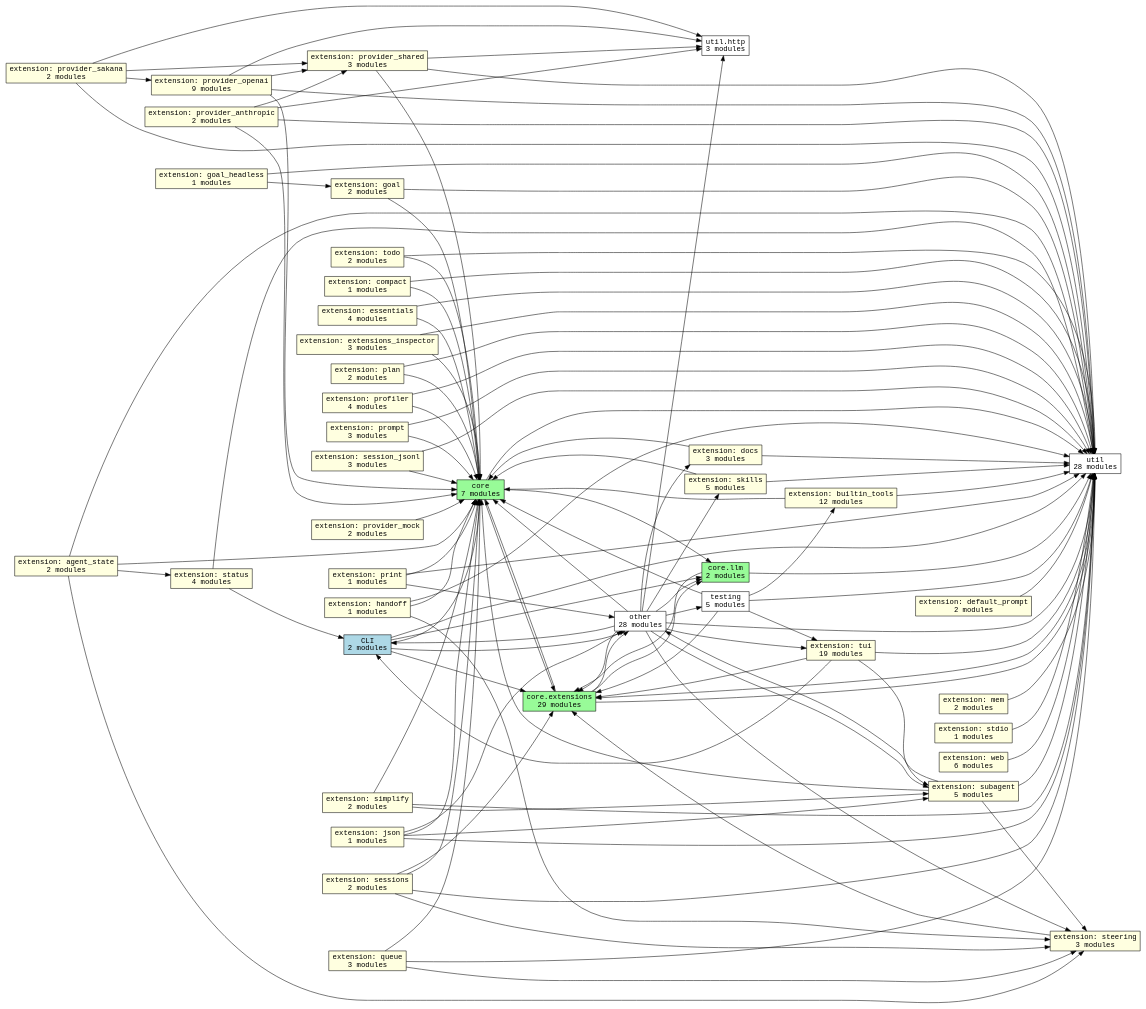
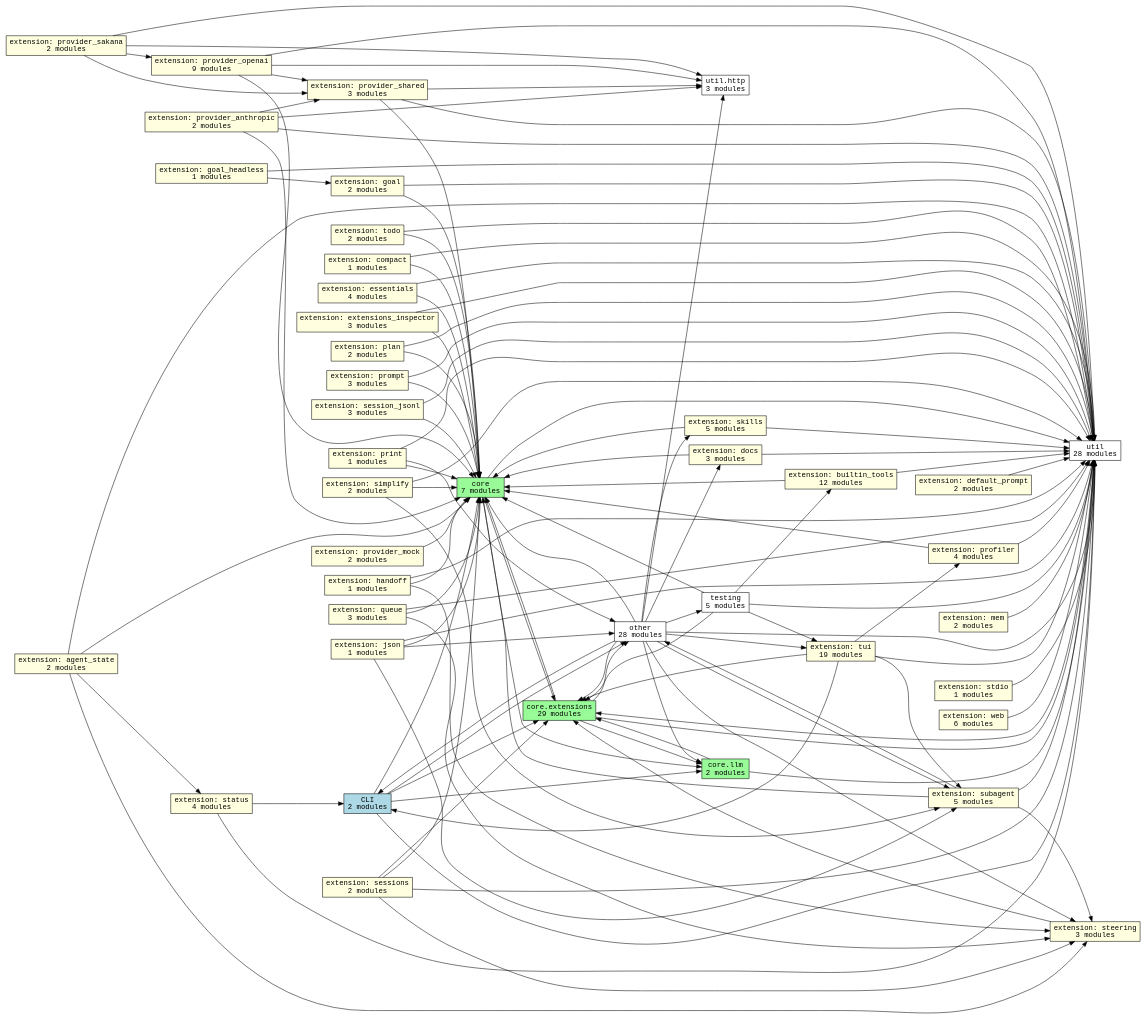
One commit to acmiyaguchi/fen changed the diagram in docs/graphs/subsystems.dot. Above: the diagram before and after it, drawn with Graphviz. The commit also changed 9 other files, not shown here.

```diff
--- a/docs/graphs/subsystems.dot
+++ b/docs/graphs/subsystems.dot
@@ -1,159 +1,160 @@
 digraph fen_subsystems {
   graph [rankdir=LR];
   node [shape=box, fontname="monospace"];
   edge [fontname="monospace"];
   "cli" [fillcolor="lightblue", label="CLI\n2 modules", style="filled"];
   "core" [fillcolor="palegreen", label="core\n7 modules", style="filled"];
   "core.extensions" [fillcolor="palegreen", label="core.extensions\n29 modules", style="filled"];
   "core.llm" [fillcolor="palegreen", label="core.llm\n2 modules", style="filled"];
   "extension.agent_state" [fillcolor="lightyellow", label="extension: agent_state\n2 modules", style="filled"];
   "extension.builtin_tools" [fillcolor="lightyellow", label="extension: builtin_tools\n12 modules", style="filled"];
   "extension.compact" [fillcolor="lightyellow", label="extension: compact\n1 modules", style="filled"];
   "extension.default_prompt" [fillcolor="lightyellow", label="extension: default_prompt\n2 modules", style="filled"];
   "extension.docs" [fillcolor="lightyellow", label="extension: docs\n3 modules", style="filled"];
   "extension.essentials" [fillcolor="lightyellow", label="extension: essentials\n4 modules", style="filled"];
   "extension.extensions_inspector" [fillcolor="lightyellow", label="extension: extensions_inspector\n3 modules", style="filled"];
   "extension.goal" [fillcolor="lightyellow", label="extension: goal\n2 modules", style="filled"];
   "extension.goal_headless" [fillcolor="lightyellow", label="extension: goal_headless\n1 modules", style="filled"];
   "extension.handoff" [fillcolor="lightyellow", label="extension: handoff\n1 modules", style="filled"];
   "extension.json" [fillcolor="lightyellow", label="extension: json\n1 modules", style="filled"];
   "extension.mem" [fillcolor="lightyellow", label="extension: mem\n2 modules", style="filled"];
   "extension.plan" [fillcolor="lightyellow", label="extension: plan\n2 modules", style="filled"];
   "extension.print" [fillcolor="lightyellow", label="extension: print\n1 modules", style="filled"];
   "extension.profiler" [fillcolor="lightyellow", label="extension: profiler\n4 modules", style="filled"];
   "extension.prompt" [fillcolor="lightyellow", label="extension: prompt\n3 modules", style="filled"];
   "extension.provider_anthropic" [fillcolor="lightyellow", label="extension: provider_anthropic\n2 modules", style="filled"];
   "extension.provider_mock" [fillcolor="lightyellow", label="extension: provider_mock\n2 modules", style="filled"];
   "extension.provider_openai" [fillcolor="lightyellow", label="extension: provider_openai\n9 modules", style="filled"];
   "extension.provider_sakana" [fillcolor="lightyellow", label="extension: provider_sakana\n2 modules", style="filled"];
   "extension.provider_shared" [fillcolor="lightyellow", label="extension: provider_shared\n3 modules", style="filled"];
   "extension.queue" [fillcolor="lightyellow", label="extension: queue\n3 modules", style="filled"];
   "extension.session_jsonl" [fillcolor="lightyellow", label="extension: session_jsonl\n3 modules", style="filled"];
   "extension.sessions" [fillcolor="lightyellow", label="extension: sessions\n2 modules", style="filled"];
   "extension.simplify" [fillcolor="lightyellow", label="extension: simplify\n2 modules", style="filled"];
   "extension.skills" [fillcolor="lightyellow", label="extension: skills\n5 modules", style="filled"];
   "extension.status" [fillcolor="lightyellow", label="extension: status\n4 modules", style="filled"];
   "extension.stdio" [fillcolor="lightyellow", label="extension: stdio\n1 modules", style="filled"];
   "extension.steering" [fillcolor="lightyellow", label="extension: steering\n3 modules", style="filled"];
   "extension.subagent" [fillcolor="lightyellow", label="extension: subagent\n5 modules", style="filled"];
   "extension.todo" [fillcolor="lightyellow", label="extension: todo\n2 modules", style="filled"];
   "extension.tui" [fillcolor="lightyellow", label="extension: tui\n19 modules", style="filled"];
   "extension.web" [fillcolor="lightyellow", label="extension: web\n6 modules", style="filled"];
   "other" [fillcolor="white", label="other\n28 modules", style="filled"];
   "testing" [fillcolor="white", label="testing\n5 modules", style="filled"];
   "util" [fillcolor="white", label="util\n28 modules", style="filled"];
   "util.http" [fillcolor="white", label="util.http\n3 modules", style="filled"];
   "cli" -> "core";
   "cli" -> "core.extensions";
   "cli" -> "core.llm";
   "cli" -> "other";
   "cli" -> "util";
   "core" -> "core.extensions";
   "core" -> "core.llm";
   "core" -> "util";
   "core.extensions" -> "core";
   "core.extensions" -> "core.llm";
   "core.extensions" -> "other";
   "core.extensions" -> "util";
   "core.llm" -> "core.extensions";
   "core.llm" -> "util";
   "extension.agent_state" -> "core";
   "extension.agent_state" -> "extension.status";
   "extension.agent_state" -> "extension.steering";
   "extension.agent_state" -> "util";
   "extension.builtin_tools" -> "core";
   "extension.builtin_tools" -> "util";
   "extension.compact" -> "core";
   "extension.compact" -> "util";
   "extension.default_prompt" -> "util";
   "extension.docs" -> "core";
   "extension.docs" -> "util";
   "extension.essentials" -> "core";
   "extension.essentials" -> "util";
   "extension.extensions_inspector" -> "core";
   "extension.extensions_inspector" -> "util";
   "extension.goal" -> "core";
   "extension.goal" -> "util";
   "extension.goal_headless" -> "extension.goal";
   "extension.goal_headless" -> "util";
   "extension.handoff" -> "core";
   "extension.handoff" -> "extension.steering";
   "extension.handoff" -> "util";
   "extension.json" -> "core";
   "extension.json" -> "extension.subagent";
   "extension.json" -> "other";
   "extension.json" -> "util";
   "extension.mem" -> "util";
   "extension.plan" -> "core";
   "extension.plan" -> "util";
   "extension.print" -> "core";
   "extension.print" -> "other";
   "extension.print" -> "util";
   "extension.profiler" -> "core";
   "extension.profiler" -> "util";
   "extension.prompt" -> "core";
   "extension.prompt" -> "util";
   "extension.provider_anthropic" -> "core";
   "extension.provider_anthropic" -> "extension.provider_shared";
   "extension.provider_anthropic" -> "util";
   "extension.provider_anthropic" -> "util.http";
   "extension.provider_mock" -> "core";
   "extension.provider_openai" -> "core";
   "extension.provider_openai" -> "extension.provider_shared";
   "extension.provider_openai" -> "util";
   "extension.provider_openai" -> "util.http";
   "extension.provider_sakana" -> "extension.provider_openai";
   "extension.provider_sakana" -> "extension.provider_shared";
   "extension.provider_sakana" -> "util";
   "extension.provider_sakana" -> "util.http";
   "extension.provider_shared" -> "core";
   "extension.provider_shared" -> "util";
   "extension.provider_shared" -> "util.http";
   "extension.queue" -> "core";
   "extension.queue" -> "extension.steering";
   "extension.queue" -> "util";
   "extension.session_jsonl" -> "core";
   "extension.session_jsonl" -> "util";
   "extension.sessions" -> "core";
   "extension.sessions" -> "core.extensions";
   "extension.sessions" -> "extension.steering";
   "extension.sessions" -> "util";
   "extension.simplify" -> "core";
   "extension.simplify" -> "extension.subagent";
   "extension.simplify" -> "util";
   "extension.skills" -> "core";
   "extension.skills" -> "util";
   "extension.status" -> "cli";
   "extension.status" -> "util";
   "extension.stdio" -> "util";
   "extension.steering" -> "core.extensions";
   "extension.subagent" -> "core";
   "extension.subagent" -> "extension.steering";
   "extension.subagent" -> "other";
   "extension.subagent" -> "util";
   "extension.todo" -> "core";
   "extension.todo" -> "util";
   "extension.tui" -> "cli";
   "extension.tui" -> "core.extensions";
+  "extension.tui" -> "extension.profiler";
   "extension.tui" -> "extension.subagent";
   "extension.tui" -> "util";
   "extension.web" -> "util";
   "other" -> "cli";
   "other" -> "core";
   "other" -> "core.extensions";
   "other" -> "core.llm";
   "other" -> "extension.docs";
   "other" -> "extension.skills";
   "other" -> "extension.steering";
   "other" -> "extension.subagent";
   "other" -> "extension.tui";
   "other" -> "testing";
   "other" -> "util";
   "other" -> "util.http";
   "testing" -> "core";
   "testing" -> "core.extensions";
   "testing" -> "extension.builtin_tools";
   "testing" -> "extension.tui";
   "testing" -> "util";
   "util" -> "core.extensions";
 }
```
